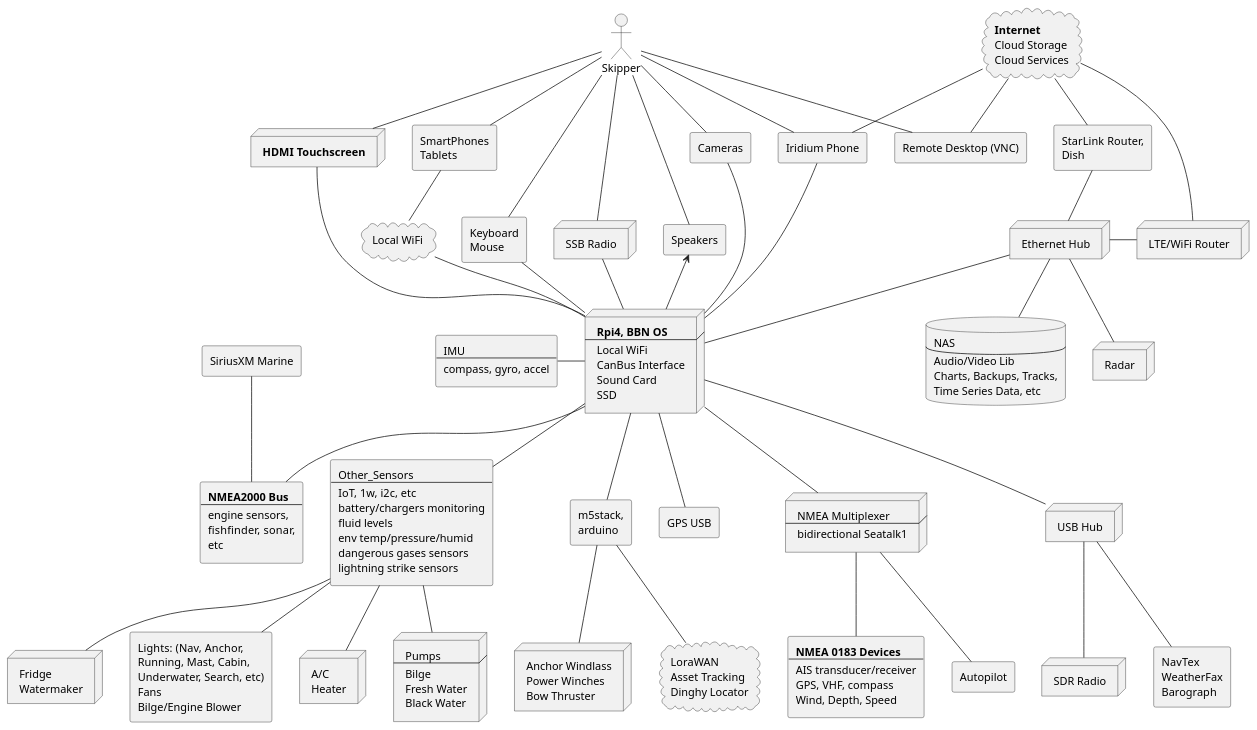
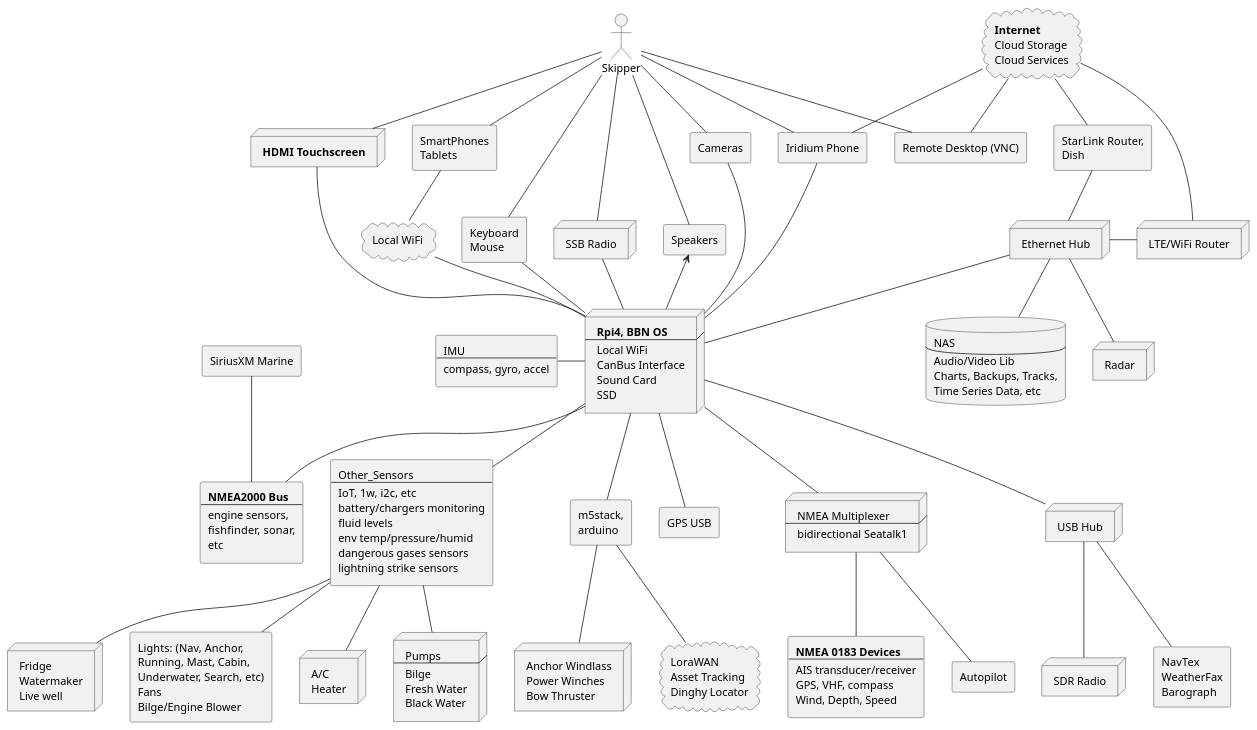
Before and after one commit to bareboat-necessities/my-bareboat: the diagram in docs/plantuml/system-arch.puml, drawn with PlantUML. The commit also changed 1 other file, not shown here.

Commit message:
better diagrams

```diff
--- a/docs/plantuml/system-arch.puml
+++ b/docs/plantuml/system-arch.puml
@@ -129,6 +129,7 @@
 node Fridge [
  Fridge
  Watermaker
+ Live well
 ]
 
 rectangle Lights_Fans [
```
